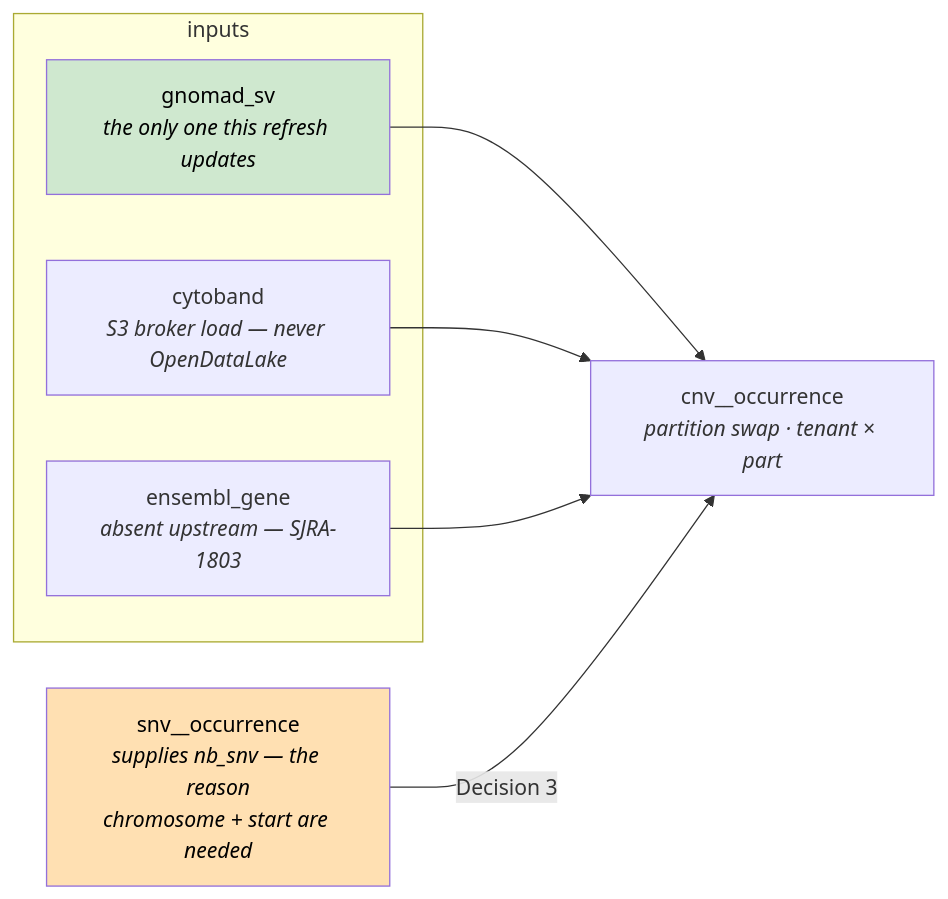
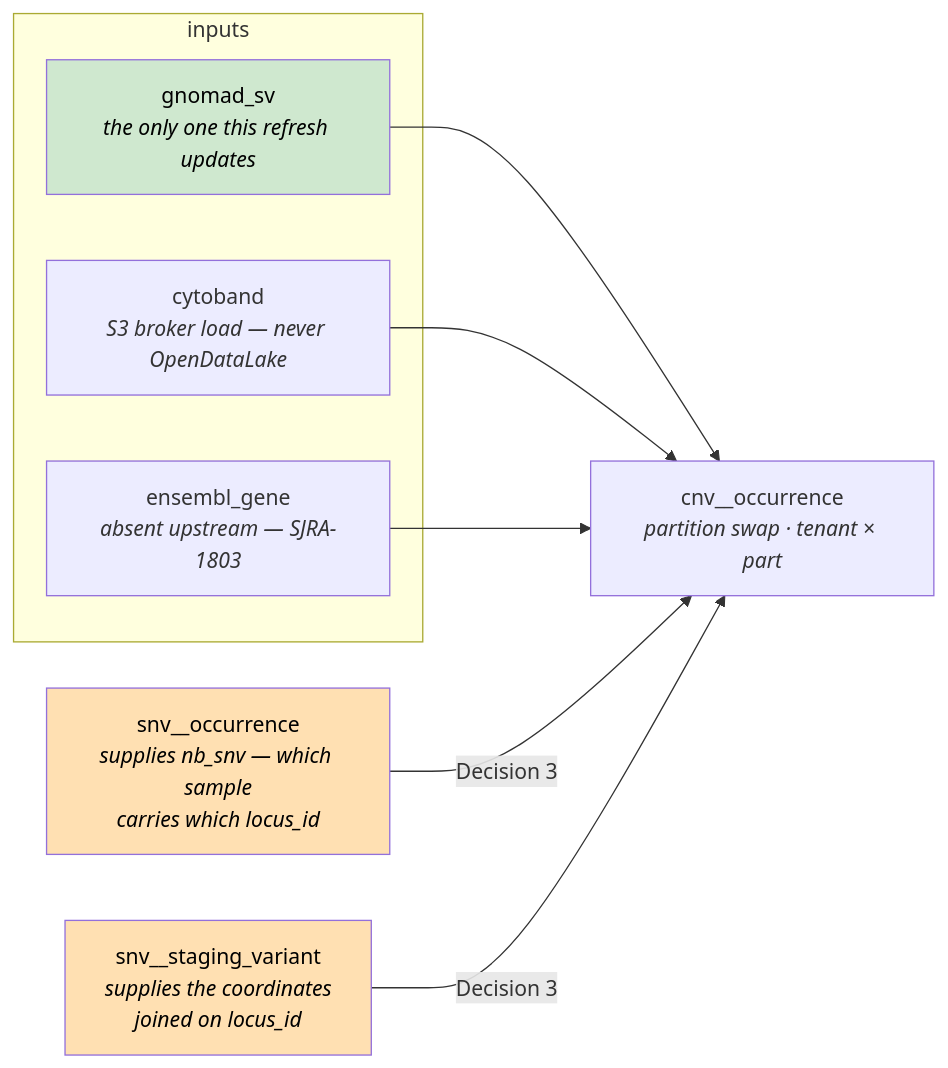
Before and after one commit to radiant-network/radiant-portal-pipeline: the third of 4 diagrams in design/SJRA-1811-opendatalake-integration.md, drawn with Mermaid. The commit also changed other lines of this file and 9 other files, not shown here.

````diff
--- a/design/SJRA-1811-opendatalake-integration.md
+++ b/design/SJRA-1811-opendatalake-integration.md
@@ -239,16 +254,19 @@
 ```mermaid
 flowchart LR
     subgraph SRC["inputs"]
         GSV["gnomad_sv<br/><i>the only one this refresh updates</i>"]
         CB["cytoband<br/><i>S3 broker load — never OpenDataLake</i>"]
         EG["ensembl_gene<br/><i>absent upstream — SJRA-1803</i>"]
     end
-    SNVO["snv__occurrence<br/><i>supplies nb_snv — the reason<br/>chromosome + start are needed</i>"]
+    SNVO["snv__occurrence<br/><i>supplies nb_snv — which sample<br/>carries which locus_id</i>"]
+    SV["snv__staging_variant<br/><i>supplies the coordinates<br/>joined on locus_id</i>"]
     OCC["cnv__occurrence<br/><i>partition swap · tenant × part</i>"]
     GSV --> OCC
     CB --> OCC
     EG --> OCC
     SNVO -->|"Decision 3"| OCC
+    SV -->|"Decision 3"| OCC
     style GSV fill:#cfe8cf,color:#000
     style SNVO fill:#ffe0b2,color:#000
+    style SV fill:#ffe0b2,color:#000
 ```
````
